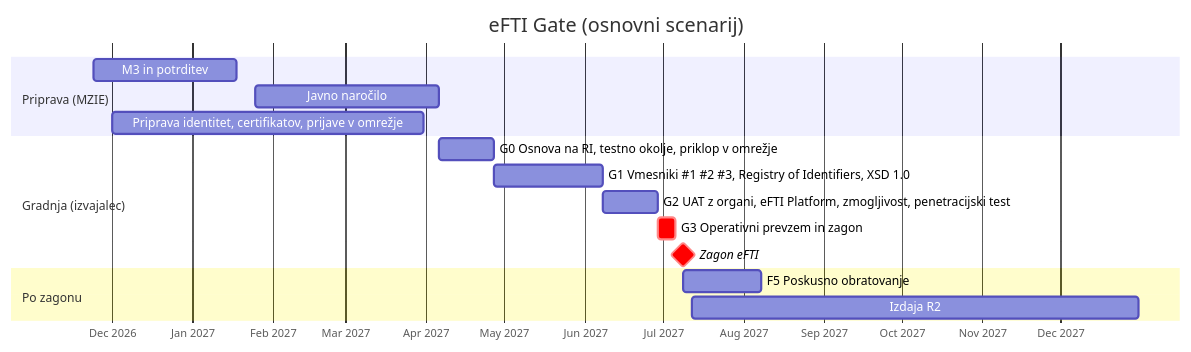
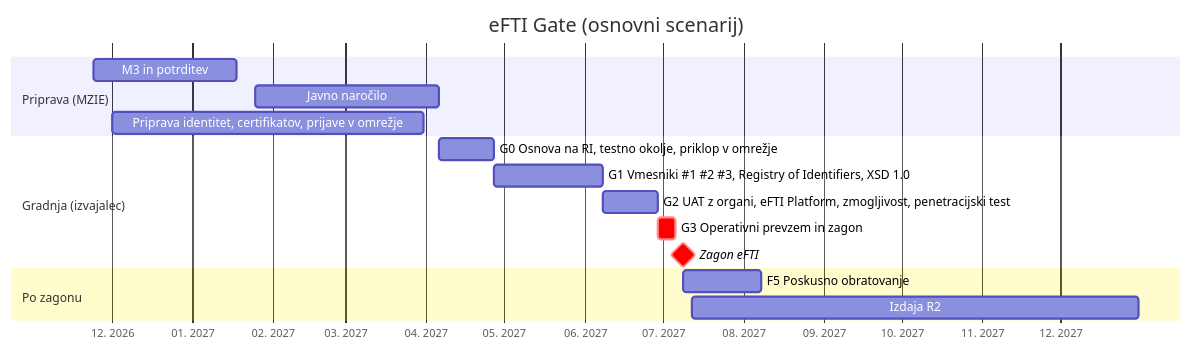
One commit to UM-KGPI/eFTI-Gate-SI changed the diagram in docs/ts/10-casovni-nacrt-implementacije.md. Above: the diagram before and after it, drawn with Mermaid. The commit also changed 1 other file, not shown here.

Commit message:
PDF: vektorski diagrami (SVG za C4, PDF za Mermaid)
- diagrami C4 v PDF kot SVG (PlantUML -> rsvg-convert), brez rastrskih slik
- bloki Mermaid (gantogram v 10.5) upodobljeni z mmdc v vektorski PDF
- velikost PDF 2,0 MB -> 0,9 MB; besedilo diagramov je iskalno
- gantogram: slovenska oblika datumov na osi (%m. %Y)

Claude-Session: https://claude.ai/code/session_01BpkzrjsVTSt8mgiV9SXDUT

````diff
--- a/docs/ts/10-casovni-nacrt-implementacije.md
+++ b/docs/ts/10-casovni-nacrt-implementacije.md
@@ -70,19 +70,19 @@
 ```mermaid
 gantt
     title eFTI Gate (osnovni scenarij)
     dateFormat  YYYY-MM-DD
-    axisFormat  %b %Y
+    axisFormat  %m. %Y
     section Priprava (MZIE)
     M3 in potrditev               :m3, 2026-11-24, 2027-01-18
     Javno naročilo                :jn, 2027-01-25, 2027-04-06
     Priprava identitet, certifikatov, prijave v omrežje :prep, 2026-12-01, 2027-03-31
     section Gradnja (izvajalec)
     G0 Osnova na RI, testno okolje, priklop v omrežje :f0, 2027-04-06, 3w
     G1 Vmesniki #1 #2 #3, Registry of Identifiers, XSD 1.0 :f1, after f0, 6w
     G2 UAT z organi, eFTI Platform, zmogljivost, penetracijski test :f2, after f1, 3w
     G3 Operativni prevzem in zagon :crit, f3, after f2, 1w
     Zagon eFTI                    :milestone, crit, 2027-07-09, 0d
     section Po zagonu
     F5 Poskusno obratovanje        :f5, 2027-07-09, 30d
     Izdaja R2                      :r2, 2027-07-12, 2027-12-31
 ```
````
